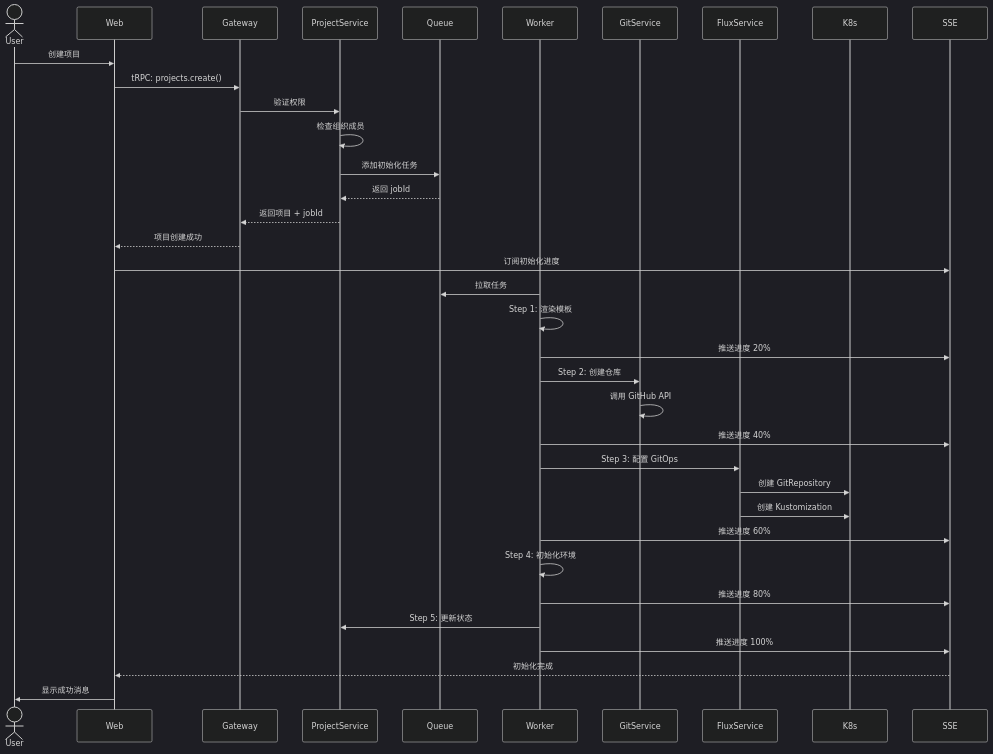
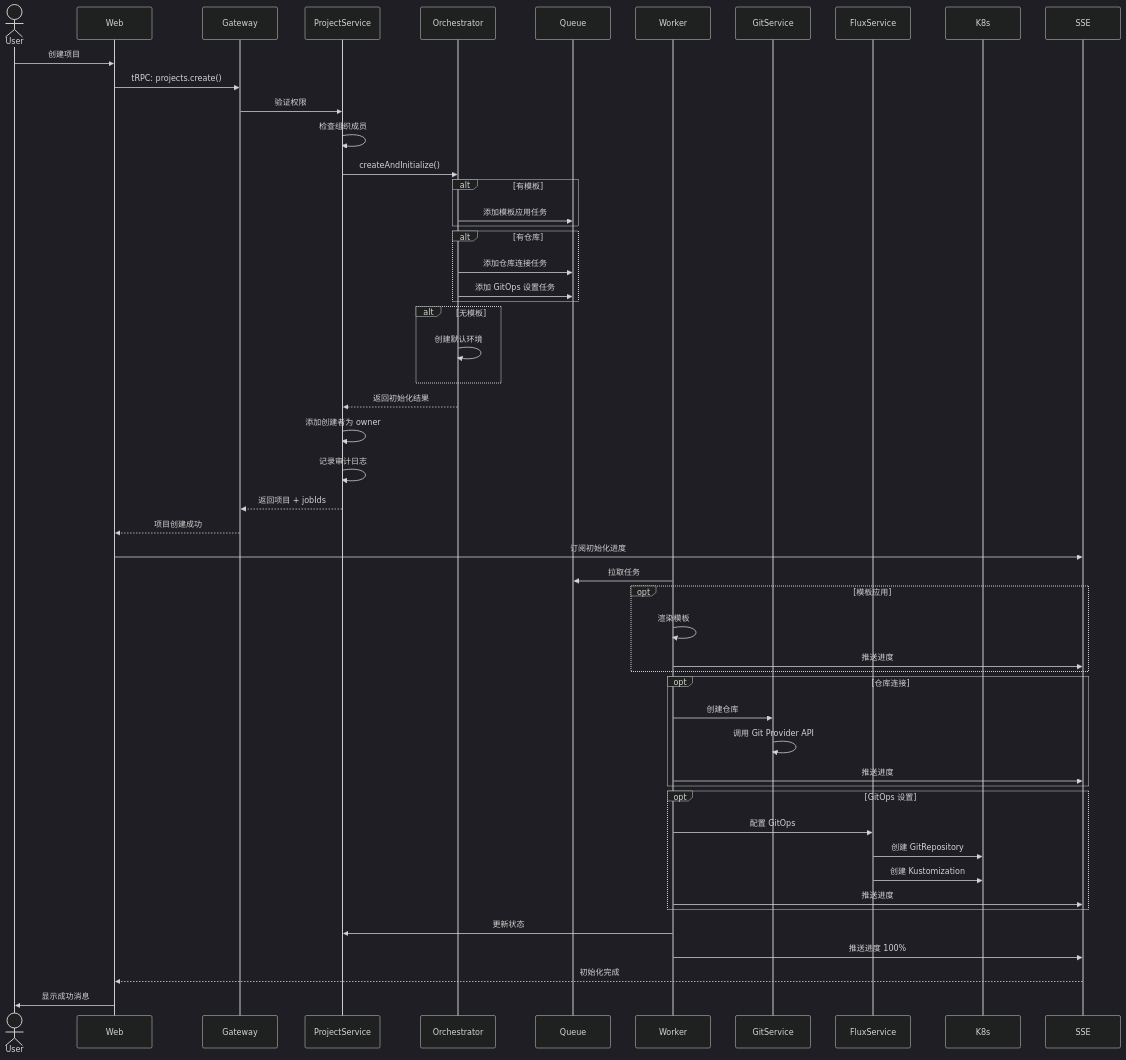
Before and after one commit to 997899594/Juanie: the fifth of 14 diagrams in docs/ARCHITECTURE.md, drawn with Mermaid (dark theme). The commit also changed other lines of this file and 177 other files, not shown here.

````diff
--- a/docs/ARCHITECTURE.md
+++ b/docs/ARCHITECTURE.md
@@ -197,47 +199,68 @@
 ```mermaid
 sequenceDiagram
     actor User
     participant Web
     participant Gateway
     participant ProjectService
+    participant Orchestrator
     participant Queue
     participant Worker
     participant GitService
     participant FluxService
     participant K8s
     participant SSE
 
     User->>Web: 创建项目
     Web->>Gateway: tRPC: projects.create()
     
     Gateway->>ProjectService: 验证权限
     ProjectService->>ProjectService: 检查组织成员
     
-    ProjectService->>Queue: 添加初始化任务
-    Queue-->>ProjectService: 返回 jobId
-    ProjectService-->>Gateway: 返回项目 + jobId
+    ProjectService->>Orchestrator: createAndInitialize()
+    
+    alt 有模板
+        Orchestrator->>Queue: 添加模板应用任务
+    end
+    
+    alt 有仓库
+        Orchestrator->>Queue: 添加仓库连接任务
+        Orchestrator->>Queue: 添加 GitOps 设置任务
+    end
+    
+    alt 无模板
+        Orchestrator->>Orchestrator: 创建默认环境
+    end
+    
+    Orchestrator-->>ProjectService: 返回初始化结果
+    ProjectService->>ProjectService: 添加创建者为 owner
+    ProjectService->>ProjectService: 记录审计日志
+    ProjectService-->>Gateway: 返回项目 + jobIds
     Gateway-->>Web: 项目创建成功
     Web->>SSE: 订阅初始化进度
 
     Worker->>Queue: 拉取任务
-    Worker->>Worker: Step 1: 渲染模板
-    Worker->>SSE: 推送进度 20%
     
-    Worker->>GitService: Step 2: 创建仓库
-    GitService->>GitService: 调用 GitHub API
-    Worker->>SSE: 推送进度 40%
+    opt 模板应用
+        Worker->>Worker: 渲染模板
+        Worker->>SSE: 推送进度
+    end
     
-    Worker->>FluxService: Step 3: 配置 GitOps
-    FluxService->>K8s: 创建 GitRepository
-    FluxService->>K8s: 创建 Kustomization
-    Worker->>SSE: 推送进度 60%
+    opt 仓库连接
+        Worker->>GitService: 创建仓库
+        GitService->>GitService: 调用 Git Provider API
+        Worker->>SSE: 推送进度
+    end
     
-    Worker->>Worker: Step 4: 初始化环境
-    Worker->>SSE: 推送进度 80%
+    opt GitOps 设置
+        Worker->>FluxService: 配置 GitOps
+        FluxService->>K8s: 创建 GitRepository
+        FluxService->>K8s: 创建 Kustomization
+        Worker->>SSE: 推送进度
+    end
     
-    Worker->>ProjectService: Step 5: 更新状态
+    Worker->>ProjectService: 更新状态
     Worker->>SSE: 推送进度 100%
     SSE-->>Web: 初始化完成
     
     Web->>User: 显示成功消息
 ```
````
